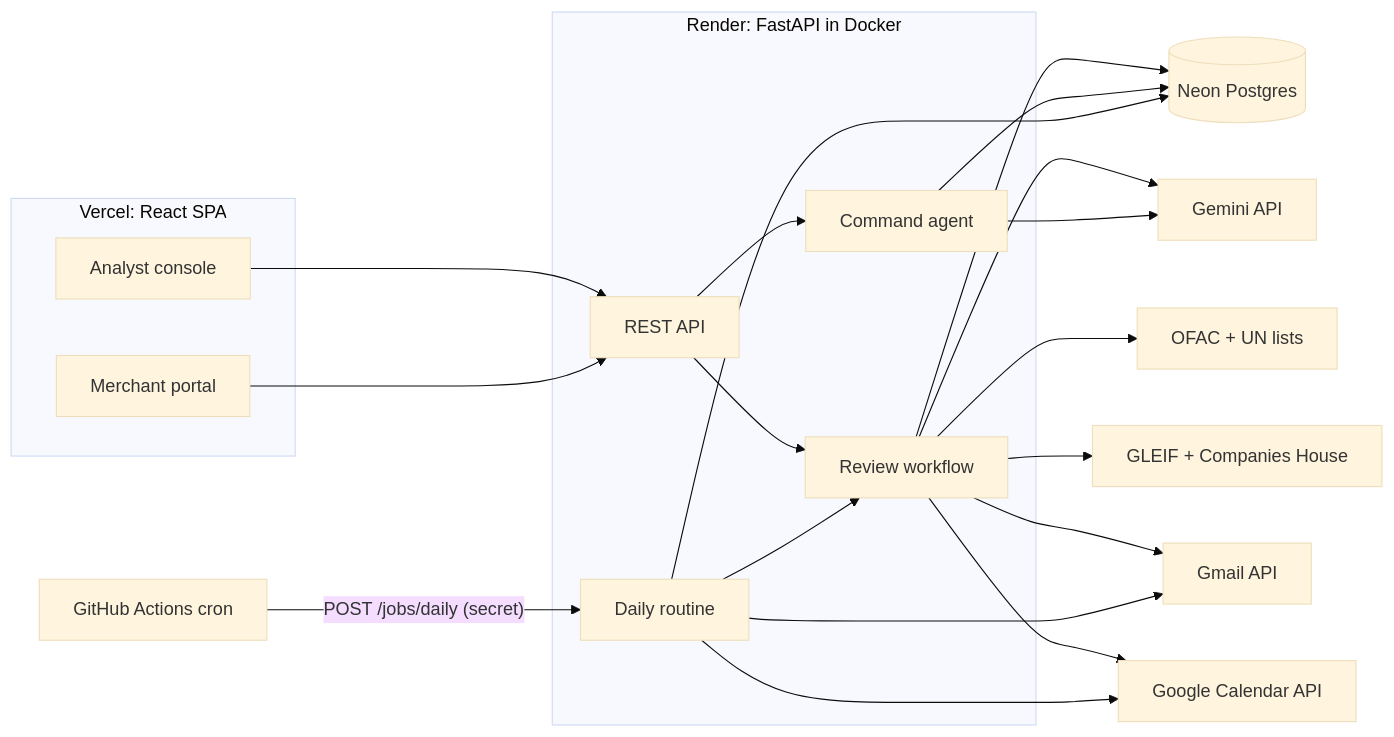
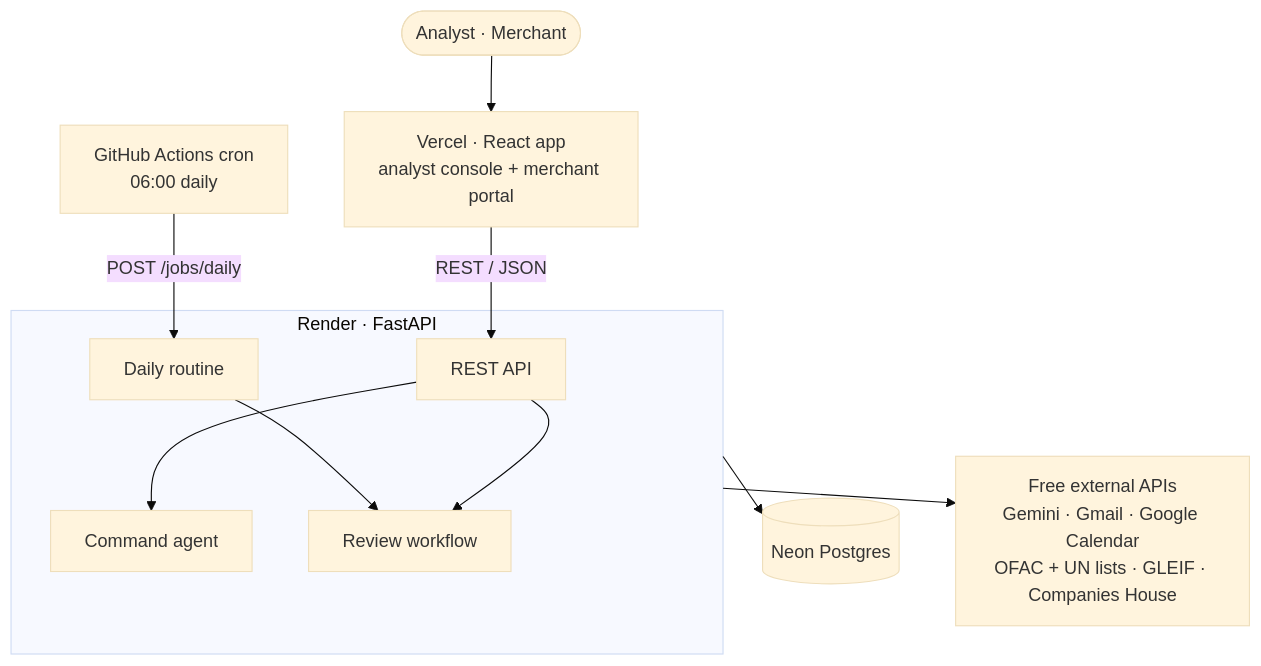
One commit to abeni-al7/ai-agent changed the first of 2 diagrams in docs/02-solution-design.md. Above: the diagram before and after it, drawn with Mermaid (base theme). The commit also changed other lines of this file and 2 other files, not shown here.

Commit message:
Redraw design diagrams for clarity

````diff
--- a/docs/02-solution-design.md
+++ b/docs/02-solution-design.md
@@ -59,23 +59,13 @@
 ```mermaid
-flowchart LR
-  subgraph Vercel [Vercel: React SPA]
-    Console[Analyst console]
-    Portal[Merchant portal]
+flowchart TB
+  Users([Analyst · Merchant]) --> FE["Vercel · React app<br/>analyst console + merchant portal"]
+  FE -- "REST / JSON" --> API
+  Cron["GitHub Actions cron<br/>06:00 daily"] -- "POST /jobs/daily" --> JOBS
+  subgraph Render ["Render · FastAPI"]
+    API[REST API] --> CMD[Command agent]
+    API --> WF[Review workflow]
+    JOBS[Daily routine] --> WF
   end
-  subgraph Render [Render: FastAPI in Docker]
-    API[REST API]
-    WF[Review workflow]
-    CMD[Command agent]
-    JOBS[Daily routine]
-  end
-  Cron[GitHub Actions cron] -- "POST /jobs/daily (secret)" --> JOBS
-  Console & Portal --> API
-  API --> WF & CMD
-  JOBS --> WF
-  WF & CMD & JOBS --> DB[(Neon Postgres)]
-  WF & CMD --> Gemini[Gemini API]
-  WF --> Lists[OFAC + UN lists]
-  WF --> Reg[GLEIF + Companies House]
-  WF & JOBS --> Gmail[Gmail API]
-  WF & JOBS --> Cal[Google Calendar API]
+  Render --> DB[(Neon Postgres)]
+  Render --> EXT["Free external APIs<br/>Gemini · Gmail · Google Calendar<br/>OFAC + UN lists · GLEIF · Companies House"]
 ```
````
